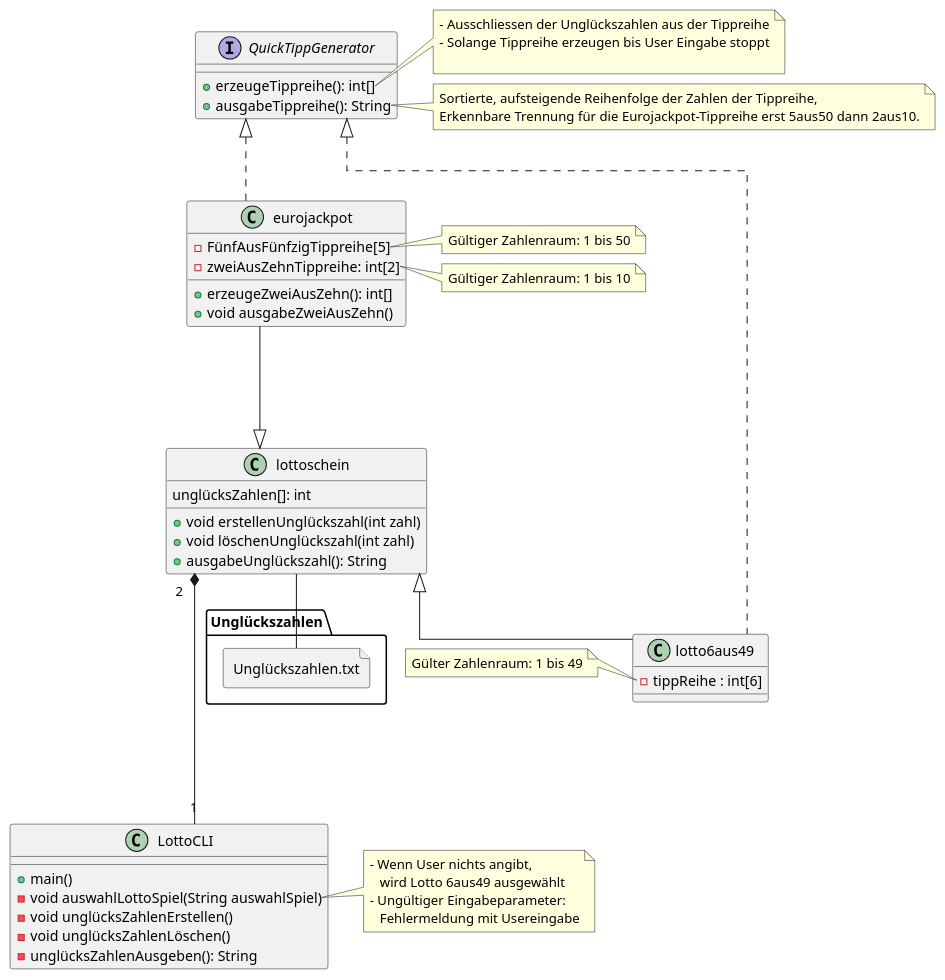
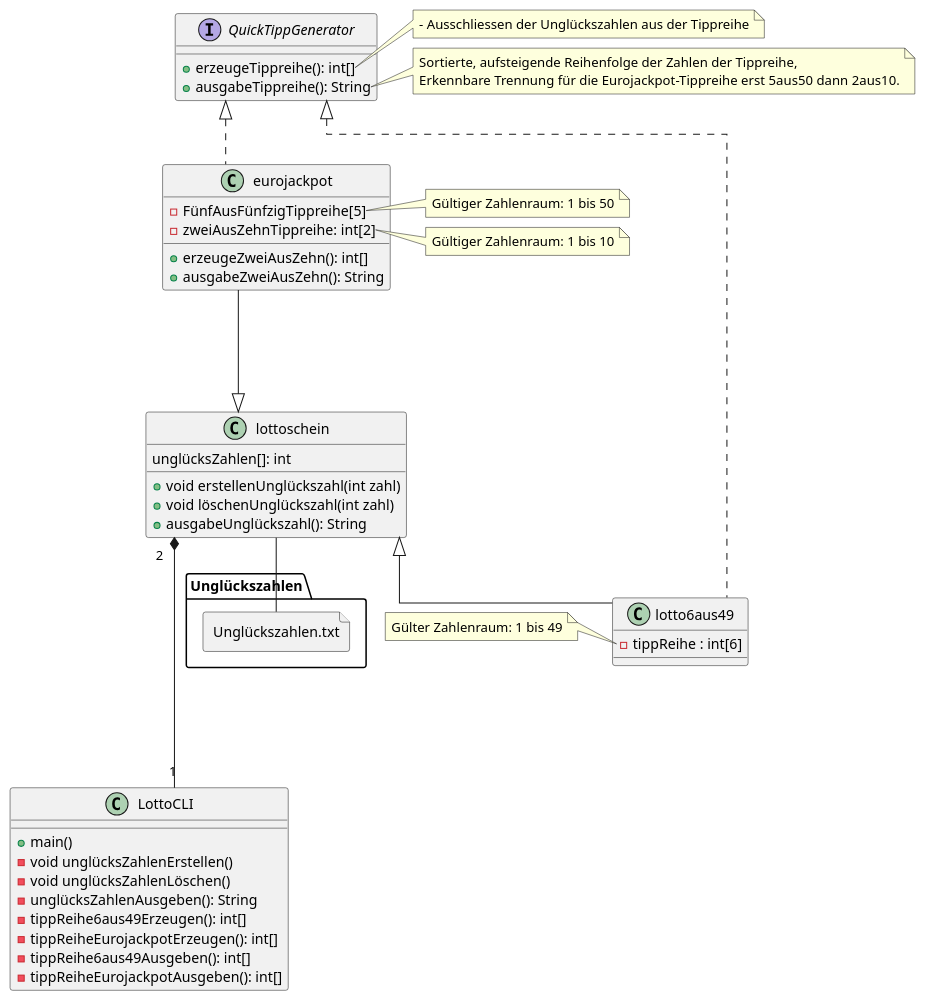
The diagram in lotto_class_diagram.puml (akhalife/lotto), drawn with PlantUML before and after one commit. The commit also changed 6 other files, not shown here.

Commit message:
added funcunality for 6aus49, eurojackpot and methods in LottoCLI

```diff
--- a/lotto_class_diagram.puml
+++ b/lotto_class_diagram.puml
@@ -1,82 +1,87 @@
 @startuml
 allowmixing
 skinparam linetype ortho
 
 class LottoCLI {
    + main()
-   - void auswahlLottoSpiel(String auswahlSpiel)
    - void unglücksZahlenErstellen()
    - void unglücksZahlenLöschen()
    - unglücksZahlenAusgeben(): String
+   - tippReihe6aus49Erzeugen(): int[]
+   - tippReiheEurojackpotErzeugen(): int[]
+   - tippReihe6aus49Ausgeben(): int[]
+   - tippReiheEurojackpotAusgeben(): int[]
 }
 
 class lottoschein{
     unglücksZahlen[]: int
 
     + void erstellenUnglückszahl(int zahl)
     + void löschenUnglückszahl(int zahl)
     + ausgabeUnglückszahl(): String
 }
 
 class lotto6aus49 extends lottoschein implements QuickTippGenerator{
     - tippReihe : int[6]
 }
 
 class eurojackpot extends lottoschein implements QuickTippGenerator{
     - FünfAusFünfzigTippreihe[5]
     - zweiAusZehnTippreihe: int[2]
     + erzeugeZweiAusZehn(): int[]
-    + void ausgabeZweiAusZehn()
+    + ausgabeZweiAusZehn(): String
     }
 
 interface QuickTippGenerator{
     + erzeugeTippreihe(): int[]
     + ausgabeTippreihe(): String
 }
 
 file "Unglückszahlen.txt"
 
 note right of QuickTippGenerator::erzeugeTippreihe
 - Ausschliessen der Unglückszahlen aus der Tippreihe
-- Solange Tippreihe erzeugen bis User Eingabe stoppt
-
 end note
 
 note right of QuickTippGenerator::ausgabeTippreihe
     Sortierte, aufsteigende Reihenfolge der Zahlen der Tippreihe,
     Erkennbare Trennung für die Eurojackpot-Tippreihe erst 5aus50 dann 2aus10.
 end note
 
 note right of LottoCLI::auswahlLottoSpiel
 - Wenn User nichts angibt,
    wird Lotto 6aus49 ausgewählt
 - Ungültiger Eingabeparameter:
    Fehlermeldung mit Usereingabe
 end note
 
 note left of lottoschein::erstellenUnglückszahlen
 - Gültiger Zahlenraum: 1 bis 50
 - Fehlermeldung bei Angabe einer Zahl
    außerhalb des gültigen Zahlenraums:
    Ausgabe des gültigen Zahlenraums
 end note
 
 note left of lotto6aus49::tippReihe
 Gülter Zahlenraum: 1 bis 49
 end note
 
 note left of eurojackpot::FünfAusFünfzigTippreihe
 Gültiger Zahlenraum: 1 bis 50
 end note
 
 note left of eurojackpot::zweiAusZehnTippreihe
 Gültiger Zahlenraum: 1 bis 10
 end note
 
+note right of LottoCLI::tippReihe6aus49Erzeugen
+Solange Tippreihe erzeugen bis User Eingabe stoppt
+end note
+
 eurojackpot -[hidden]-> QuickTippGenerator
 eurojackpot -[hidden]--> lottoschein
 lottoschein "2" *---- "1" LottoCLI
 lottoschein -- "Unglückszahlen.txt"
 
 lottoschein -[hidden]- lotto6aus49
 @enduml
```
